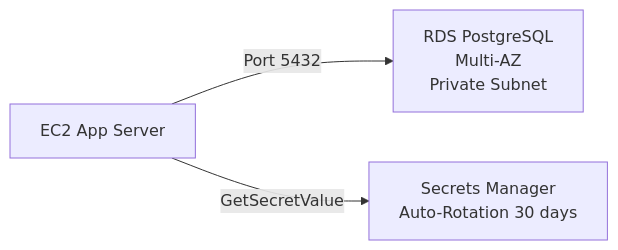
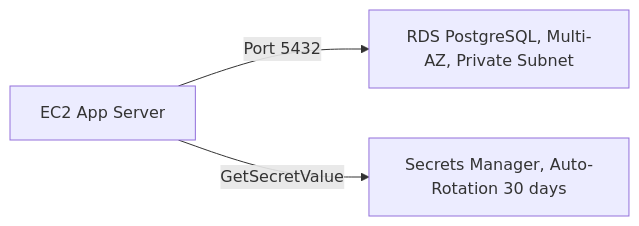
Before and after one commit to DeeptiShuklaProject/Uday_AWS: the second of 3 diagrams in Chapter_06_Amazon_RDS.md, drawn with Mermaid. The commit also changed other lines of this file and 34 other files, not shown here.

Commit message:
Fix mermaid diagrams syntax across all chapters (quote labels and remove HTML)

````diff
--- a/Chapter_06_Amazon_RDS.md
+++ b/Chapter_06_Amazon_RDS.md
@@ -316,5 +316,5 @@
 ```mermaid
 flowchart LR
-    EC2[EC2 App Server] -->|Port 5432| RDS[RDS PostgreSQL<br>Multi-AZ<br>Private Subnet]
-    EC2 -->|GetSecretValue| SM[Secrets Manager<br>Auto-Rotation 30 days]
+    EC2[EC2 App Server] -->|Port 5432| RDS["RDS PostgreSQL, Multi-AZ, Private Subnet"]
+    EC2 -->|GetSecretValue| SM["Secrets Manager, Auto-Rotation 30 days"]
 ```
````
